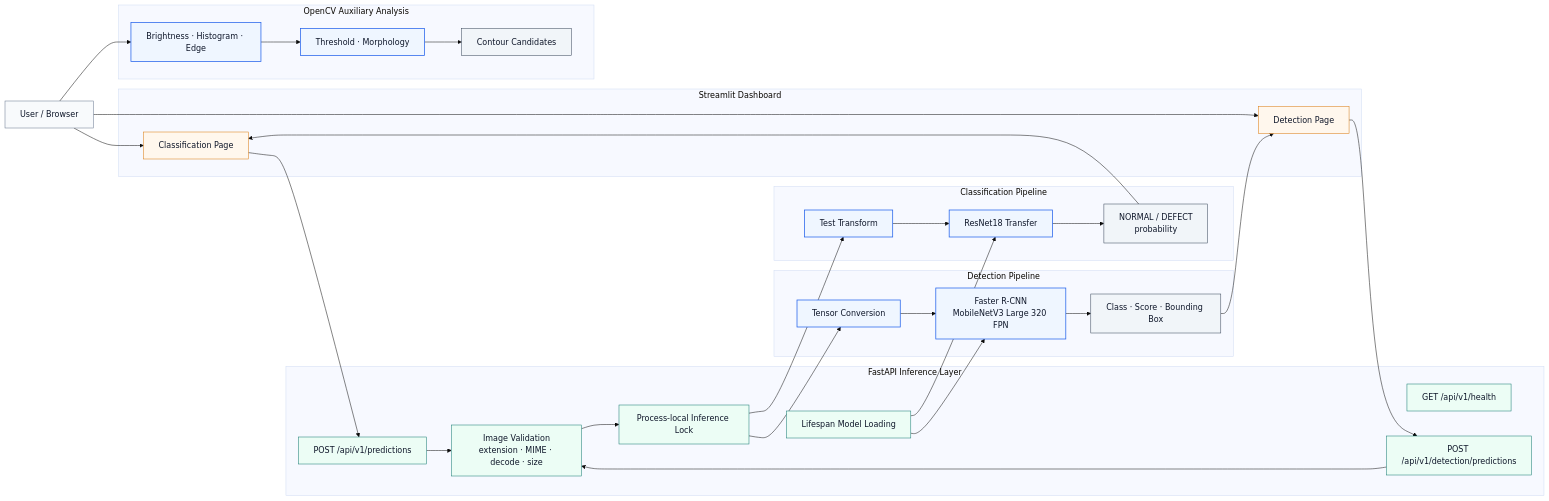
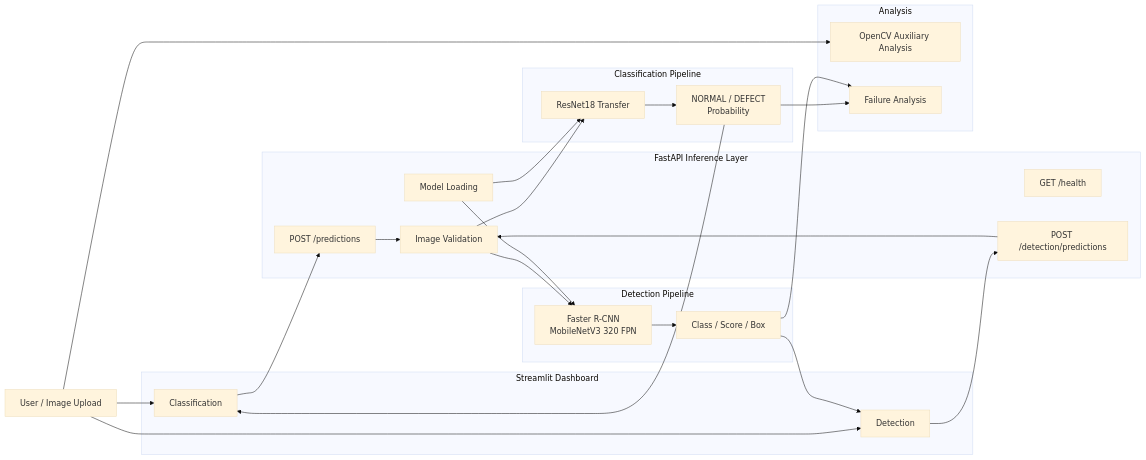
One commit to lightleaping/manufacturing-vision-defect-analysis-system changed the diagram in README.md. Above: the diagram before and after it, drawn with Mermaid (base theme). The commit also changed other lines of this file and 2 other files, not shown here.

````diff
--- a/README.md
+++ b/README.md
@@ -147,59 +109,42 @@
 ```mermaid
 flowchart LR
-    USER[User / Browser]
+    USER[User / Image Upload]
 
-    subgraph UI["Streamlit Dashboard"]
-        C_UI[Classification Page]
-        D_UI[Detection Page]
+    subgraph UI[Streamlit Dashboard]
+        C_UI[Classification]
+        D_UI[Detection]
     end
 
-    subgraph API["FastAPI Inference Layer"]
-        HEALTH[GET /api/v1/health]
-        C_API[POST /api/v1/predictions]
-        D_API[POST /api/v1/detection/predictions]
-        VALIDATE[Image Validation<br/>extension · MIME · decode · size]
-        LIFESPAN[Lifespan Model Loading]
-        LOCK[Process-local Inference Lock]
+    subgraph API[FastAPI Inference Layer]
+        HEALTH[GET /health]
+        C_API[POST /predictions]
+        D_API[POST /detection/predictions]
+        VALIDATE[Image Validation]
+        LOAD[Model Loading]
     end
 
-    subgraph C["Classification Pipeline"]
-        C_TRANSFORM[Test Transform]
+    subgraph CLASSIFICATION[Classification Pipeline]
         RESNET[ResNet18 Transfer]
-        C_OUT[NORMAL / DEFECT<br/>probability]
+        C_OUT[NORMAL / DEFECT<br/>Probability]
     end
 
-    subgraph D["Detection Pipeline"]
-        D_TRANSFORM[Tensor Conversion]
-        FRCNN[Faster R-CNN<br/>MobileNetV3 Large 320 FPN]
-        D_OUT[Class · Score · Bounding Box]
+    subgraph DETECTION[Detection Pipeline]
+        FRCNN[Faster R-CNN<br/>MobileNetV3 320 FPN]
+        D_OUT[Class / Score / Box]
     end
 
-    subgraph CV["OpenCV Auxiliary Analysis"]
-        HIST[Brightness · Histogram · Edge]
-        MORPH[Threshold · Morphology]
-        CONTOUR[Contour Candidates]
+    subgraph ANALYSIS[Analysis]
+        CV[OpenCV Auxiliary Analysis]
+        FAILURE[Failure Analysis]
     end
 
     USER --> C_UI --> C_API
     USER --> D_UI --> D_API
-    C_API --> VALIDATE
-    D_API --> VALIDATE
-    LIFESPAN --> RESNET
-    LIFESPAN --> FRCNN
-    VALIDATE --> LOCK
-    LOCK --> C_TRANSFORM --> RESNET --> C_OUT --> C_UI
-    LOCK --> D_TRANSFORM --> FRCNN --> D_OUT --> D_UI
-    USER --> HIST --> MORPH --> CONTOUR
-
-    classDef input fill:#F8FAFC,stroke:#64748B,color:#0F172A;
-    classDef ui fill:#FFF7ED,stroke:#D97706,color:#0F172A;
-    classDef api fill:#ECFDF5,stroke:#0F766E,color:#0F172A;
-    classDef model fill:#EFF6FF,stroke:#2563EB,color:#0F172A,stroke-width:1.5px;
-    classDef output fill:#F1F5F9,stroke:#334155,color:#0F172A;
-
-    class USER input;
-    class C_UI,D_UI ui;
-    class HEALTH,C_API,D_API,VALIDATE,LIFESPAN,LOCK api;
-    class C_TRANSFORM,RESNET,D_TRANSFORM,FRCNN,HIST,MORPH model;
-    class C_OUT,D_OUT,CONTOUR output;
+    C_API --> VALIDATE --> RESNET --> C_OUT --> C_UI
+    D_API --> VALIDATE --> FRCNN --> D_OUT --> D_UI
+    LOAD --> RESNET
+    LOAD --> FRCNN
+    USER --> CV
+    C_OUT --> FAILURE
+    D_OUT --> FAILURE
 ```
````
